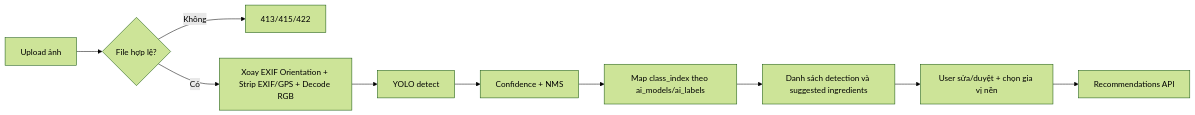
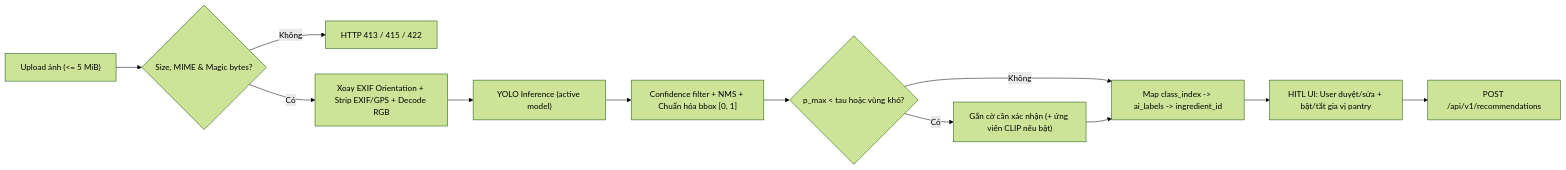
Before and after one commit to phongg2905/foodVision-AI: the diagram in docs/04-ai-model/ai-model-design.md, drawn with Mermaid (forest theme). The commit also changed other lines of this file and 31 other files, not shown here.

First line of the commit message:
docs: align specifications with 14-component intelligent architecture

````diff
--- a/docs/04-ai-model/ai-model-design.md
+++ b/docs/04-ai-model/ai-model-design.md
@@ -22,12 +39,14 @@
 ```mermaid
 flowchart LR
-    A["Upload ảnh"] --> B{"File hợp lệ?"}
-    B -->|Không| X["413/415/422"]
+    A["Upload ảnh (<= 5 MiB)"] --> B{"Size, MIME & Magic bytes?"}
+    B -->|Không| X["HTTP 413 / 415 / 422"]
     B -->|Có| C["Xoay EXIF Orientation + Strip EXIF/GPS + Decode RGB"]
-    C --> D["YOLO detect"]
-    D --> E["Confidence + NMS"]
-    E --> F["Map class_index theo ai_models/ai_labels"]
-    F --> G["Danh sách detection và suggested ingredients"]
-    G --> H["User sửa/duyệt + chọn gia vị nền"]
-    H --> I["Recommendations API"]
+    C --> D["YOLO Inference (active model)"]
+    D --> E["Confidence filter + NMS + Chuẩn hóa bbox [0, 1]"]
+    E --> F{"p_max < tau hoặc vùng khó?"}
+    F -->|Có| G["Gắn cờ cần xác nhận (+ ứng viên CLIP nếu bật)"]
+    F -->|Không| H["Map class_index -> ai_labels -> ingredient_id"]
+    G --> H
+    H --> I["HITL UI: User duyệt/sửa + bật/tắt gia vị pantry"]
+    I --> J["POST /api/v1/recommendations"]
 ```
````
